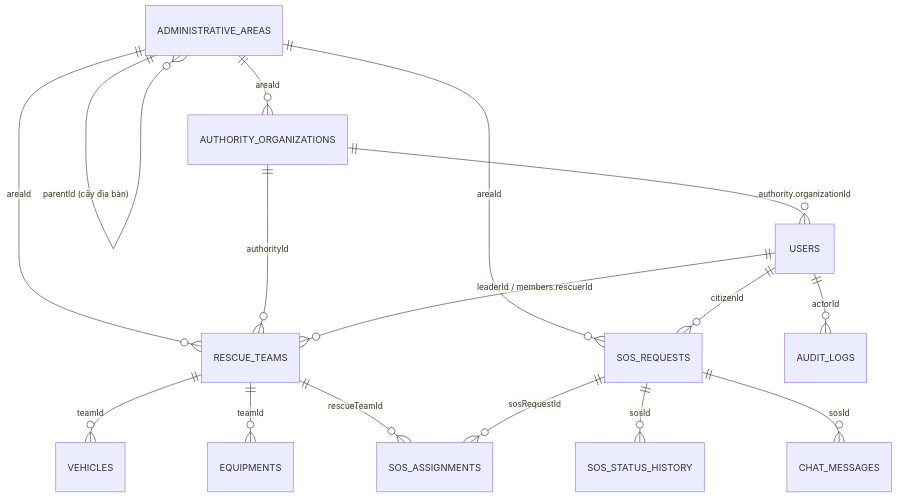
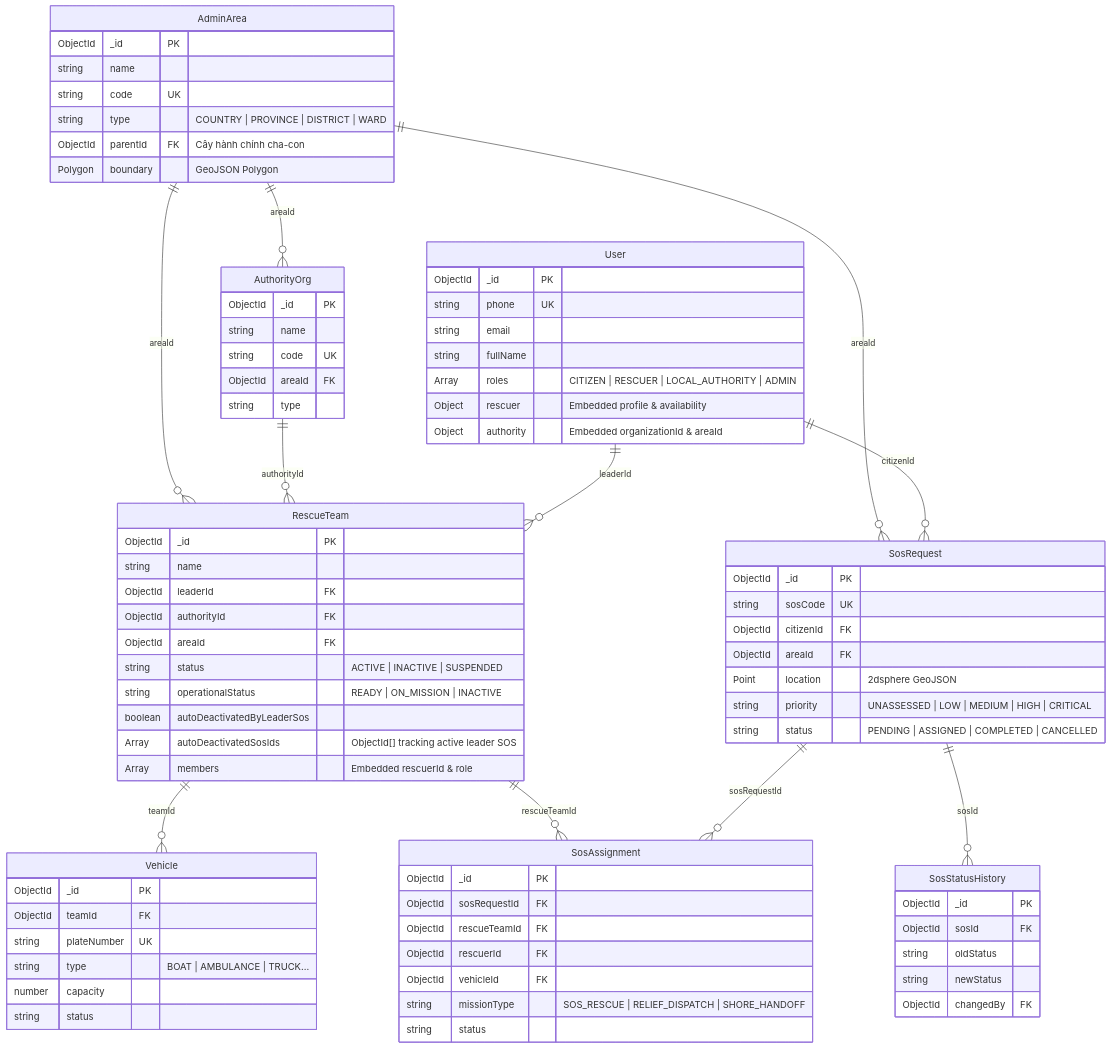
Before and after one commit to HoangLuu217/SOS_SYSTEMS: the second of 2 diagrams in README.md, drawn with Mermaid. The commit also changed other lines of this file, not shown here.

````diff
--- a/README.md
+++ b/README.md
@@ -132,22 +133,90 @@
 ```mermaid
 erDiagram
-    ADMINISTRATIVE_AREAS ||--o{ ADMINISTRATIVE_AREAS : "parentId (cây địa bàn)"
-    ADMINISTRATIVE_AREAS ||--o{ AUTHORITY_ORGANIZATIONS : "areaId"
-    ADMINISTRATIVE_AREAS ||--o{ SOS_REQUESTS : "areaId"
-    ADMINISTRATIVE_AREAS ||--o{ RESCUE_TEAMS : "areaId"
+    AdminArea {
+        ObjectId _id PK
+        string name
+        string code UK
+        string type "COUNTRY | PROVINCE | DISTRICT | WARD"
+        ObjectId parentId FK "Cây hành chính cha-con"
+        Polygon boundary "GeoJSON Polygon"
+    }
 
-    AUTHORITY_ORGANIZATIONS ||--o{ RESCUE_TEAMS : "authorityId"
-    AUTHORITY_ORGANIZATIONS ||--o{ USERS : "authority.organizationId"
+    AuthorityOrg {
+        ObjectId _id PK
+        string name
+        string code UK
+        ObjectId areaId FK
+        string type
+    }
 
-    USERS ||--o{ SOS_REQUESTS : "citizenId"
-    USERS ||--o{ RESCUE_TEAMS : "leaderId / members.rescuerId"
-    USERS ||--o{ AUDIT_LOGS : "actorId"
+    User {
+        ObjectId _id PK
+        string phone UK
+        string email
+        string fullName
+        Array roles "CITIZEN | RESCUER | LOCAL_AUTHORITY | ADMIN"
+        Object rescuer "Embedded profile & availability"
+        Object authority "Embedded organizationId & areaId"
+    }
 
-    RESCUE_TEAMS ||--o{ VEHICLES : "teamId"
-    RESCUE_TEAMS ||--o{ EQUIPMENTS : "teamId"
-    RESCUE_TEAMS ||--o{ SOS_ASSIGNMENTS : "rescueTeamId"
+    RescueTeam {
+        ObjectId _id PK
+        string name
+        ObjectId leaderId FK
+        ObjectId authorityId FK
+        ObjectId areaId FK
+        string status "ACTIVE | INACTIVE | SUSPENDED"
+        string operationalStatus "READY | ON_MISSION | INACTIVE"
+        boolean autoDeactivatedByLeaderSos
+        Array autoDeactivatedSosIds "ObjectId[] tracking active leader SOS"
+        Array members "Embedded rescuerId & role"
+    }
 
-    SOS_REQUESTS ||--o{ SOS_ASSIGNMENTS : "sosRequestId"
-    SOS_REQUESTS ||--o{ SOS_STATUS_HISTORY : "sosId"
-    SOS_REQUESTS ||--o{ CHAT_MESSAGES : "sosId"
+    Vehicle {
+        ObjectId _id PK
+        ObjectId teamId FK
+        string plateNumber UK
+        string type "BOAT | AMBULANCE | TRUCK..."
+        number capacity
+        string status
+    }
+
+    SosRequest {
+        ObjectId _id PK
+        string sosCode UK
+        ObjectId citizenId FK
+        ObjectId areaId FK
+        Point location "2dsphere GeoJSON"
+        string priority "UNASSESSED | LOW | MEDIUM | HIGH | CRITICAL"
+        string status "PENDING | ASSIGNED | COMPLETED | CANCELLED"
+    }
+
+    SosAssignment {
+        ObjectId _id PK
+        ObjectId sosRequestId FK
+        ObjectId rescueTeamId FK
+        ObjectId rescuerId FK
+        ObjectId vehicleId FK
+        string missionType "SOS_RESCUE | RELIEF_DISPATCH | SHORE_HANDOFF"
+        string status
+    }
+
+    SosStatusHistory {
+        ObjectId _id PK
+        ObjectId sosId FK
+        string oldStatus
+        string newStatus
+        ObjectId changedBy FK
+    }
+
+    AdminArea ||--o{ AuthorityOrg : "areaId"
+    AdminArea ||--o{ RescueTeam : "areaId"
+    AdminArea ||--o{ SosRequest : "areaId"
+    AuthorityOrg ||--o{ RescueTeam : "authorityId"
+    User ||--o{ SosRequest : "citizenId"
+    User ||--o{ RescueTeam : "leaderId"
+    RescueTeam ||--o{ Vehicle : "teamId"
+    RescueTeam ||--o{ SosAssignment : "rescueTeamId"
+    SosRequest ||--o{ SosAssignment : "sosRequestId"
+    SosRequest ||--o{ SosStatusHistory : "sosId"
 ```
````
